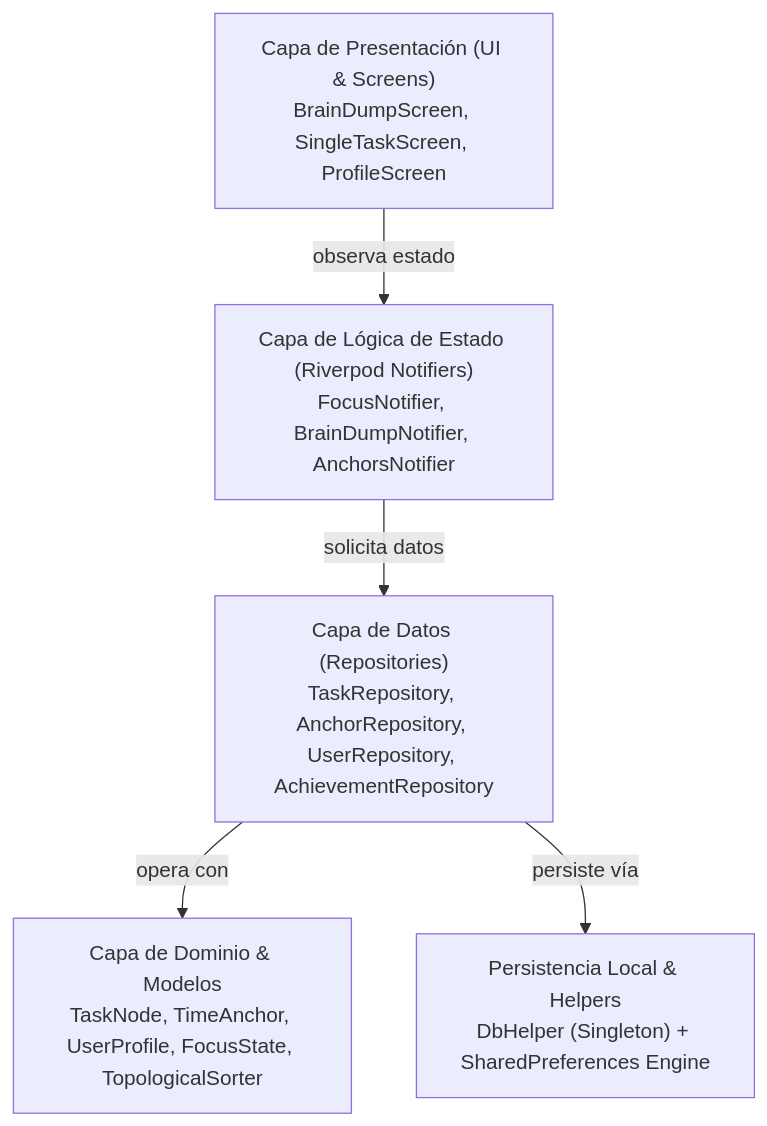
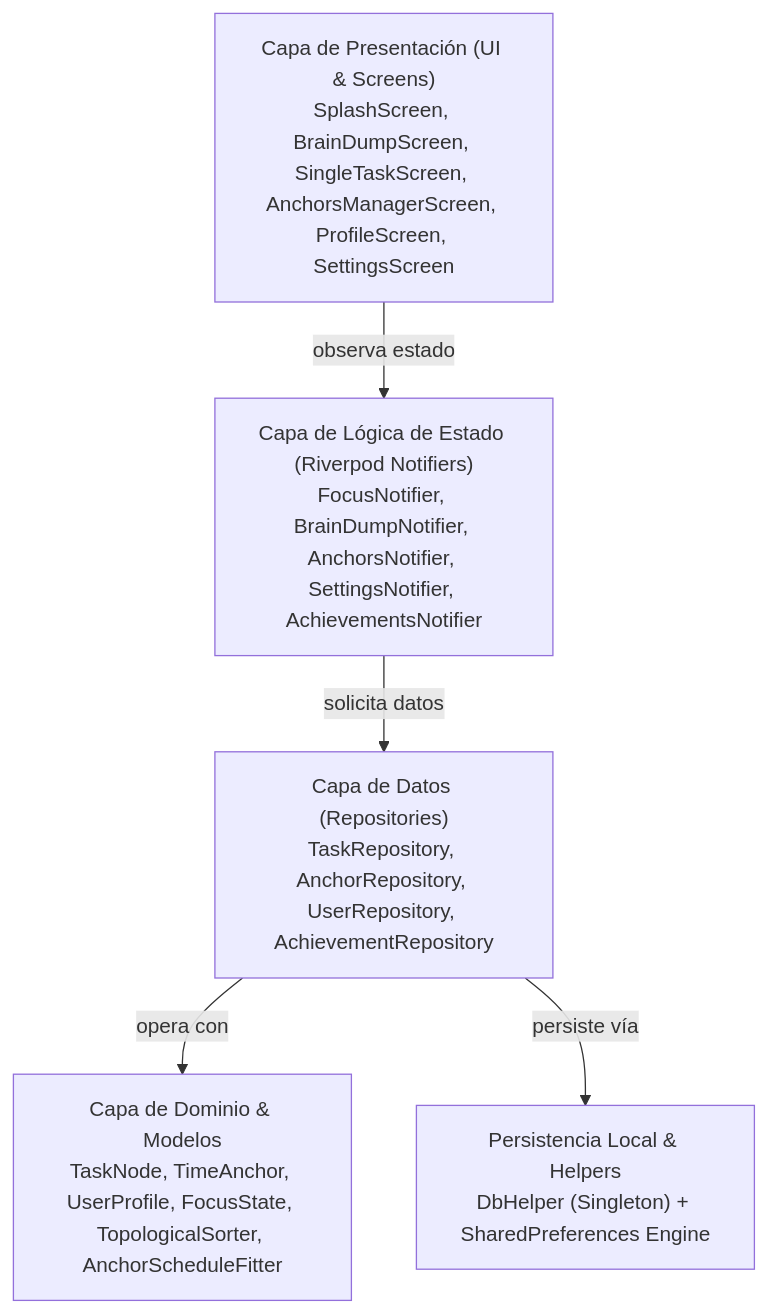
The diagram in README.md (Joni23s/NeuroTask_beta00), drawn with Mermaid before and after one commit. The commit also changed other lines of this file and 1 other file, not shown here.

````diff
--- a/README.md
+++ b/README.md
@@ -38,13 +43,13 @@
 ```mermaid
 graph TD
-    UI["Capa de Presentación (UI & Screens)<br/>BrainDumpScreen, SingleTaskScreen, ProfileScreen"]
-    VM["Capa de Lógica de Estado (Riverpod Notifiers)<br/>FocusNotifier, BrainDumpNotifier, AnchorsNotifier"]
+    UI["Capa de Presentación (UI & Screens)<br/>SplashScreen, BrainDumpScreen, SingleTaskScreen, AnchorsManagerScreen, ProfileScreen, SettingsScreen"]
+    VM["Capa de Lógica de Estado (Riverpod Notifiers)<br/>FocusNotifier, BrainDumpNotifier, AnchorsNotifier, SettingsNotifier, AchievementsNotifier"]
     REPO["Capa de Datos (Repositories)<br/>TaskRepository, AnchorRepository, UserRepository, AchievementRepository"]
-    DOMAIN["Capa de Dominio & Modelos<br/>TaskNode, TimeAnchor, UserProfile, FocusState, TopologicalSorter"]
+    DOMAIN["Capa de Dominio & Modelos<br/>TaskNode, TimeAnchor, UserProfile, FocusState, TopologicalSorter, AnchorScheduleFitter"]
     DATA["Persistencia Local & Helpers<br/>DbHelper (Singleton) + SharedPreferences Engine"]
 
     UI -->|observa estado| VM
     VM -->|solicita datos| REPO
     REPO -->|opera con| DOMAIN
     REPO -->|persiste vía| DATA
 ```
````
